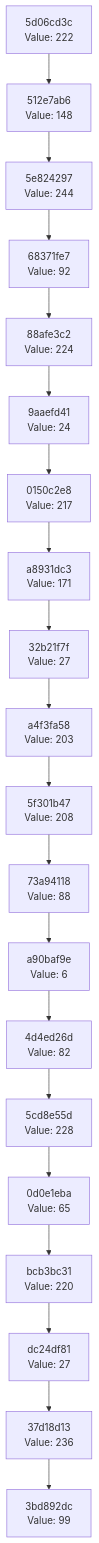
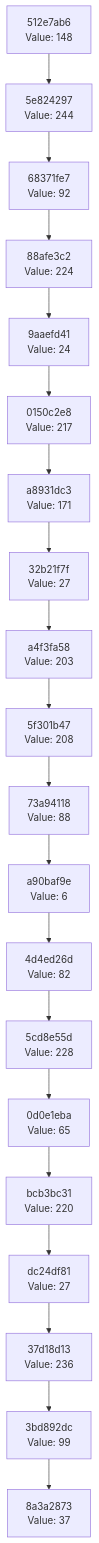
The diagram in docs/CHAIN_VISUALIZATION.md (Abhisheksinha1506/hash-chain-evolver), drawn with Mermaid before and after one commit. The commit also changed 2 other files, not shown here.

Commit message:
Evolution step: hash 0x25 → action executed

````diff
--- a/docs/CHAIN_VISUALIZATION.md
+++ b/docs/CHAIN_VISUALIZATION.md
@@ -3,42 +3,42 @@
 ```mermaid
 graph TD
-    C0["3bd892dc<br/>Value: 99"]
-    C1["37d18d13<br/>Value: 236"]
+    C0["8a3a2873<br/>Value: 37"]
+    C1["3bd892dc<br/>Value: 99"]
     C1 --> C0
-    C2["dc24df81<br/>Value: 27"]
+    C2["37d18d13<br/>Value: 236"]
     C2 --> C1
-    C3["bcb3bc31<br/>Value: 220"]
+    C3["dc24df81<br/>Value: 27"]
     C3 --> C2
-    C4["0d0e1eba<br/>Value: 65"]
+    C4["bcb3bc31<br/>Value: 220"]
     C4 --> C3
-    C5["5cd8e55d<br/>Value: 228"]
+    C5["0d0e1eba<br/>Value: 65"]
     C5 --> C4
-    C6["4d4ed26d<br/>Value: 82"]
+    C6["5cd8e55d<br/>Value: 228"]
     C6 --> C5
-    C7["a90baf9e<br/>Value: 6"]
+    C7["4d4ed26d<br/>Value: 82"]
     C7 --> C6
-    C8["73a94118<br/>Value: 88"]
+    C8["a90baf9e<br/>Value: 6"]
     C8 --> C7
-    C9["5f301b47<br/>Value: 208"]
+    C9["73a94118<br/>Value: 88"]
     C9 --> C8
-    C10["a4f3fa58<br/>Value: 203"]
+    C10["5f301b47<br/>Value: 208"]
     C10 --> C9
-    C11["32b21f7f<br/>Value: 27"]
+    C11["a4f3fa58<br/>Value: 203"]
     C11 --> C10
-    C12["a8931dc3<br/>Value: 171"]
+    C12["32b21f7f<br/>Value: 27"]
     C12 --> C11
-    C13["0150c2e8<br/>Value: 217"]
+    C13["a8931dc3<br/>Value: 171"]
     C13 --> C12
-    C14["9aaefd41<br/>Value: 24"]
+    C14["0150c2e8<br/>Value: 217"]
     C14 --> C13
-    C15["88afe3c2<br/>Value: 224"]
+    C15["9aaefd41<br/>Value: 24"]
     C15 --> C14
-    C16["68371fe7<br/>Value: 92"]
+    C16["88afe3c2<br/>Value: 224"]
     C16 --> C15
-    C17["5e824297<br/>Value: 244"]
+    C17["68371fe7<br/>Value: 92"]
     C17 --> C16
-    C18["512e7ab6<br/>Value: 148"]
+    C18["5e824297<br/>Value: 244"]
     C18 --> C17
-    C19["5d06cd3c<br/>Value: 222"]
+    C19["512e7ab6<br/>Value: 148"]
     C19 --> C18
 ```
````
